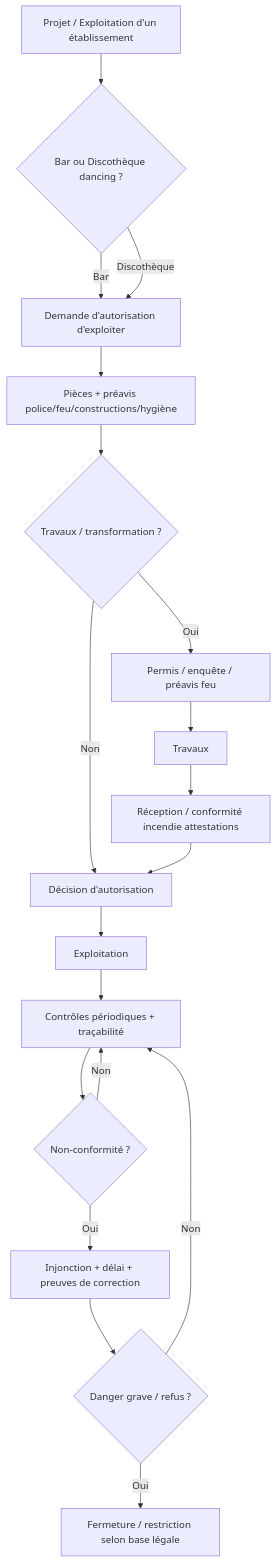
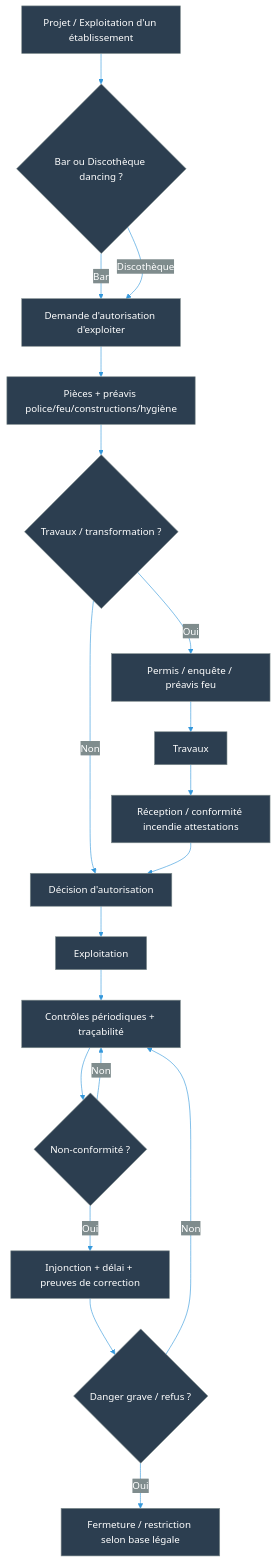
Before and after one commit to veritacm/veritaserum: the first of 2 diagrams in content/03_Autorisations/Autorisations & contrôles – Bars vs Discothèques (VS, état 2025).md, drawn with Mermaid. The commit also changed 7 other files, not shown here.

````diff
--- a/content/03_Autorisations/Autorisations & contrôles – Bars vs Discothèques (VS, état 2025).md
+++ b/content/03_Autorisations/Autorisations & contrôles – Bars vs Discothèques (VS, état 2025).md
@@ -92,23 +92,24 @@
 ```mermaid
-flowchart TD
+flowchart TB
+%%{init: {'theme':'base', 'themeVariables': { 'primaryColor':'#2C3E50', 'primaryTextColor':'#fff', 'primaryBorderColor':'#7F8C8D', 'lineColor':'#3498DB', 'secondaryColor':'#7F8C8D', 'tertiaryColor':'#f4f4f4'}}}%%
   A[Projet / Exploitation d'un établissement] --> B{Bar ou Discothèque dancing ?}
   B -->|Bar| C[Demande d'autorisation d'exploiter]
   B -->|Discothèque| C
 
   C --> D[Pièces + préavis police/feu/constructions/hygiène]
   D --> E{Travaux / transformation ?}
   E -->|Non| F[Décision d'autorisation]
   E -->|Oui| G[Permis / enquête / préavis feu]
   G --> H[Travaux]
   H --> I[Réception / conformité incendie attestations]
   I --> F
 
   F --> J[Exploitation]
   J --> K[Contrôles périodiques + traçabilité]
   K --> L{Non-conformité ?}
   L -->|Non| K
   L -->|Oui| M[Injonction + délai + preuves de correction]
   M --> N{Danger grave / refus ?}
   N -->|Oui| O[Fermeture / restriction selon base légale]
   N -->|Non| K
 ```
````
